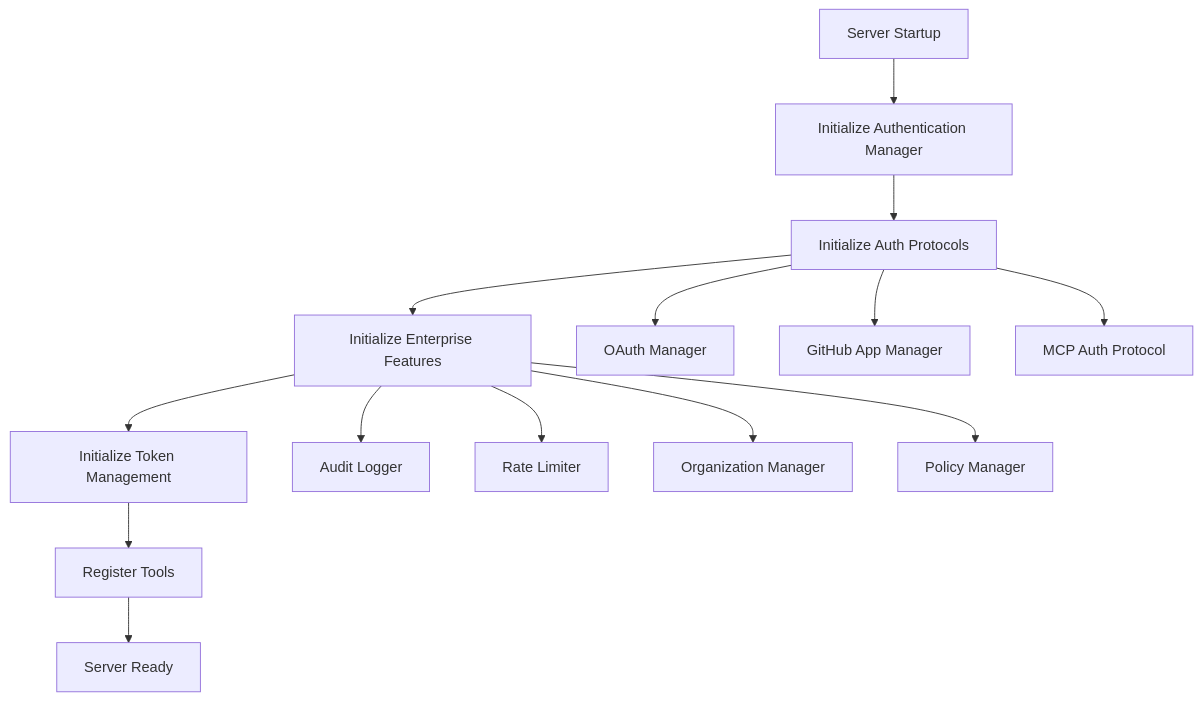
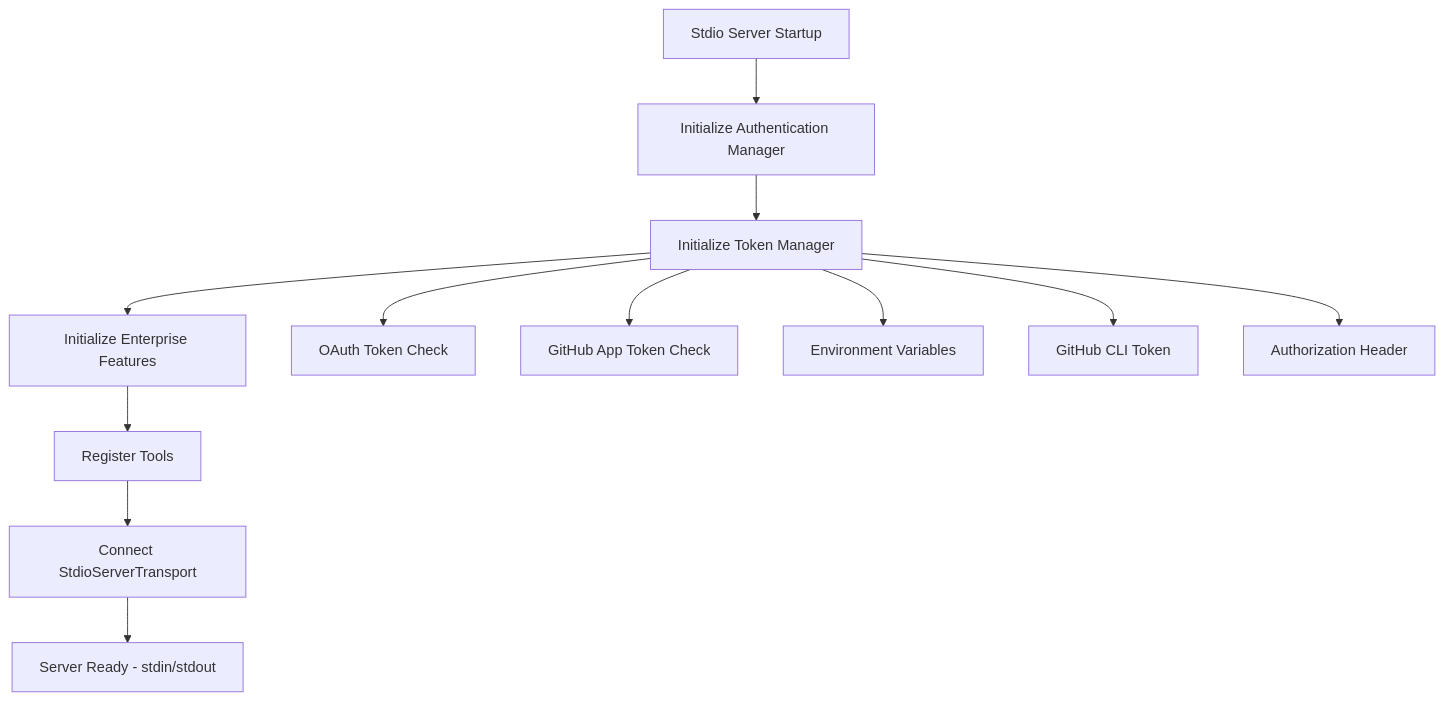
One commit to bgauryy/octocode-mcp changed the first of 4 diagrams in packages/octocode-mcp/docs/AUTHENTICATION.md. Above: the diagram before and after it, drawn with Mermaid. The commit also changed other lines of this file and 38 other files, not shown here.

First line of the commit message:
Support StreamableHTTPServerTransport with mcp-s-oauth - 5.0.0 (#116)

````diff
--- a/packages/octocode-mcp/docs/AUTHENTICATION.md
+++ b/packages/octocode-mcp/docs/AUTHENTICATION.md
@@ -73,18 +118,15 @@
 ```mermaid
 graph TD
-    A[Server Startup] --> B[Initialize Authentication Manager]
-    B --> C[Initialize Auth Protocols]
+    A[Stdio Server Startup] --> B[Initialize Authentication Manager]
+    B --> C[Initialize Token Manager]
     C --> D[Initialize Enterprise Features]
-    D --> E[Initialize Token Management]
-    E --> F[Register Tools]
-    F --> G[Server Ready]
+    D --> E[Register Tools]
+    E --> F[Connect StdioServerTransport]
+    F --> G[Server Ready - stdin/stdout]
     
-    C --> C1[OAuth Manager]
-    C --> C2[GitHub App Manager]
-    C --> C3[MCP Auth Protocol]
-    
-    D --> D1[Audit Logger]
-    D --> D2[Rate Limiter]
-    D --> D3[Organization Manager]
-    D --> D4[Policy Manager]
+    C --> C1[OAuth Token Check]
+    C --> C2[GitHub App Token Check]
+    C --> C3[Environment Variables]
+    C --> C4[GitHub CLI Token]
+    C --> C5[Authorization Header]
 ```
````
